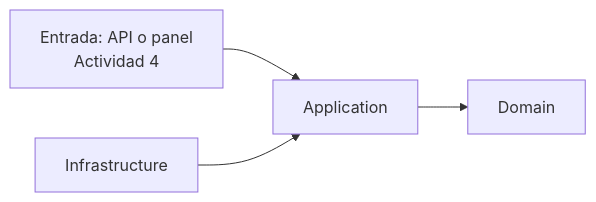
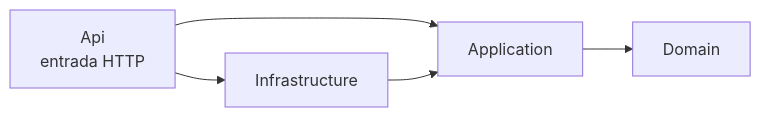
The diagram in Architecture.md (Theandres18/pixelroute-actividad-3), drawn with Mermaid before and after one commit. The commit also changed other lines of this file and 3 other files, not shown here.

Commit message:
docs: actualiza Architecture.md, diagramas C4 y README

````diff
--- a/Architecture.md
+++ b/Architecture.md
@@ -74,6 +84,7 @@
 ```mermaid
 flowchart LR
-    ENT[Entrada: API o panel<br/>Actividad 4] --> APP
+    API[Api<br/>entrada HTTP] --> APP
+    API --> INF
     INF[Infrastructure] --> APP[Application]
     APP --> DOM[Domain]
 ```
````
